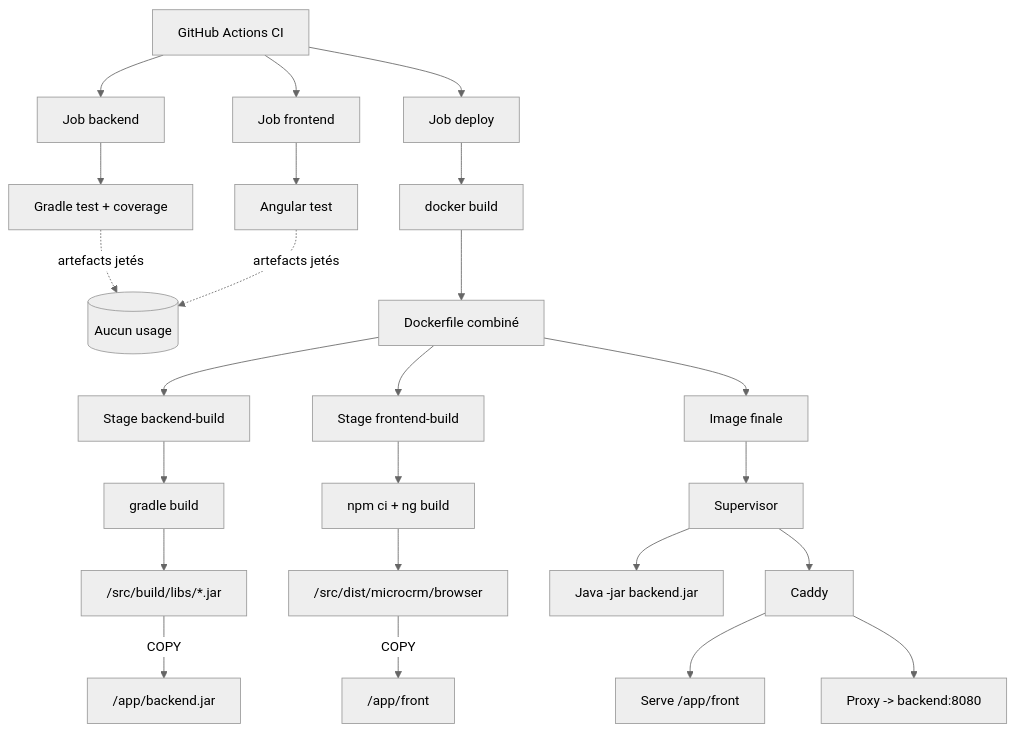
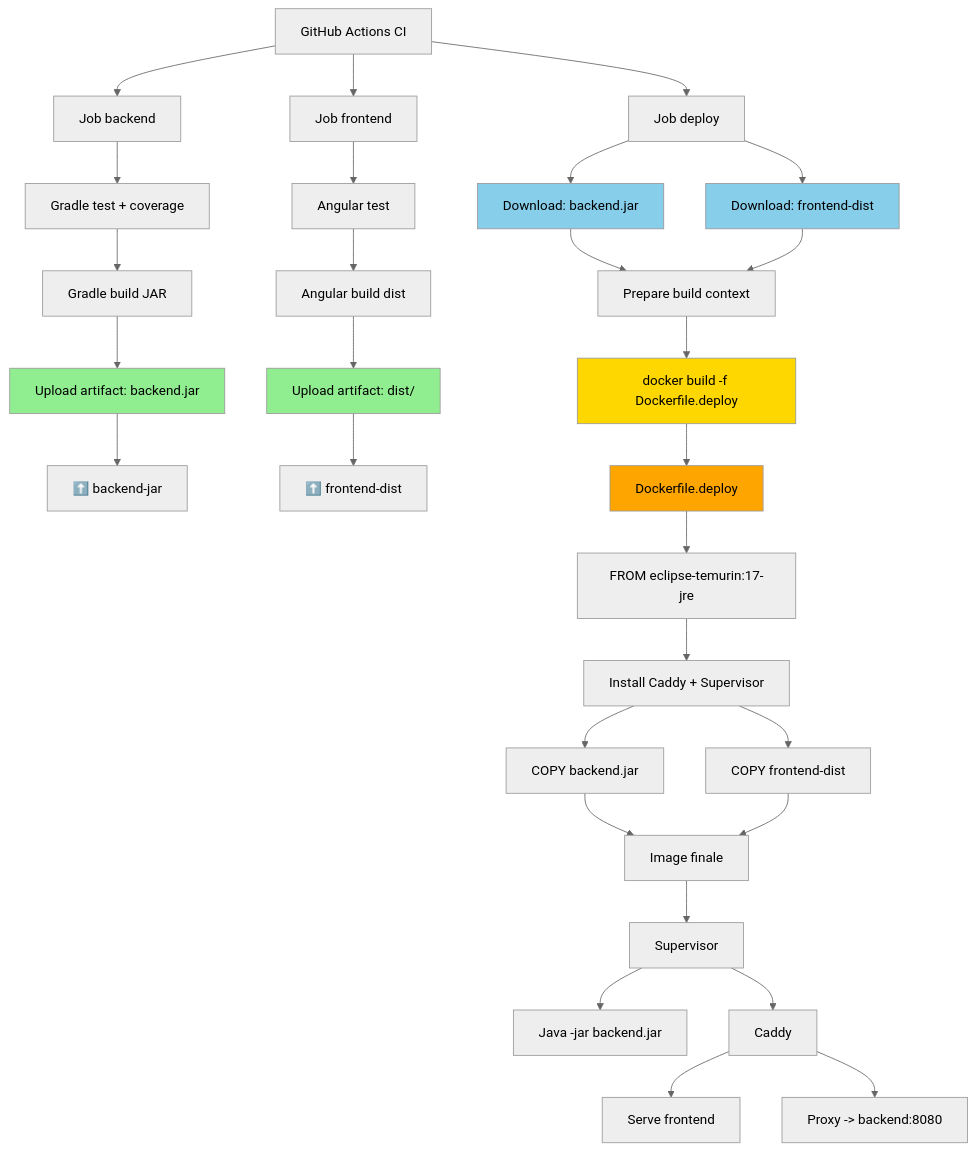
Before and after one commit to mathador/p9_OrionMicroCrm: the diagram in docs/dockers.mermaid, drawn with Mermaid (neutral theme). The commit also changed 3 other files, not shown here.

```diff
--- a/docs/dockers.mermaid
+++ b/docs/dockers.mermaid
@@ -1,35 +1,46 @@
 flowchart TD
 
     A[GitHub Actions CI] --> B[Job backend]
     A --> C[Job frontend]
     A --> D[Job deploy]
 
     B --> B1[Gradle test + coverage]
+    B1 --> B2[Gradle build JAR]
+    B2 --> B3["Upload artifact: backend.jar"]
+    B3 --> B4["⬆️ backend-jar"]
+
     C --> C1[Angular test]
+    C1 --> C2[Angular build dist]
+    C2 --> C3["Upload artifact: dist/"]
+    C3 --> C4["⬆️ frontend-dist"]
 
-    B1 -. artefacts jetés .-> X[(Aucun usage)]
-    C1 -. artefacts jetés .-> X
+    D --> D1["Download: backend.jar"]
+    D --> D2["Download: frontend-dist"]
+    D1 --> D3["Prepare build context"]
+    D2 --> D3
 
-    D --> E[docker build]
+    D3 --> E["docker build -f Dockerfile.deploy"]
 
-    E --> F[Dockerfile combiné]
+    E --> F[Dockerfile.deploy]
 
-    F --> G[Stage backend-build]
-    G --> G1[gradle build]
-    G1 --> G2["/src/build/libs/*.jar"]
+    F --> G["FROM eclipse-temurin:17-jre"]
+    G --> H["Install Caddy + Supervisor"]
+    H --> I["COPY backend.jar"]
+    H --> J["COPY frontend-dist"]
 
-    F --> H[Stage frontend-build]
-    H --> H1[npm ci + ng build]
-    H1 --> H2["/src/dist/microcrm/browser"]
+    I --> K["Image finale"]
+    J --> K
 
-    F --> I[Image finale]
+    K --> L[Supervisor]
+    L --> M["Java -jar backend.jar"]
+    L --> N["Caddy"]
 
-    G2 -->|COPY| I1["/app/backend.jar"]
-    H2 -->|COPY| I2["/app/front"]
+    N --> O["Serve frontend"]
+    N --> P["Proxy -> backend:8080"]
 
-    I --> J[Supervisor]
-    J --> K[Java -jar backend.jar]
-    J --> L[Caddy]
-
-    L --> M[Serve /app/front]
-    L --> N[Proxy -> backend:8080]
+    style B3 fill:#90EE90
+    style C3 fill:#90EE90
+    style D1 fill:#87CEEB
+    style D2 fill:#87CEEB
+    style E fill:#FFD700
+    style F fill:#FFA500
```
